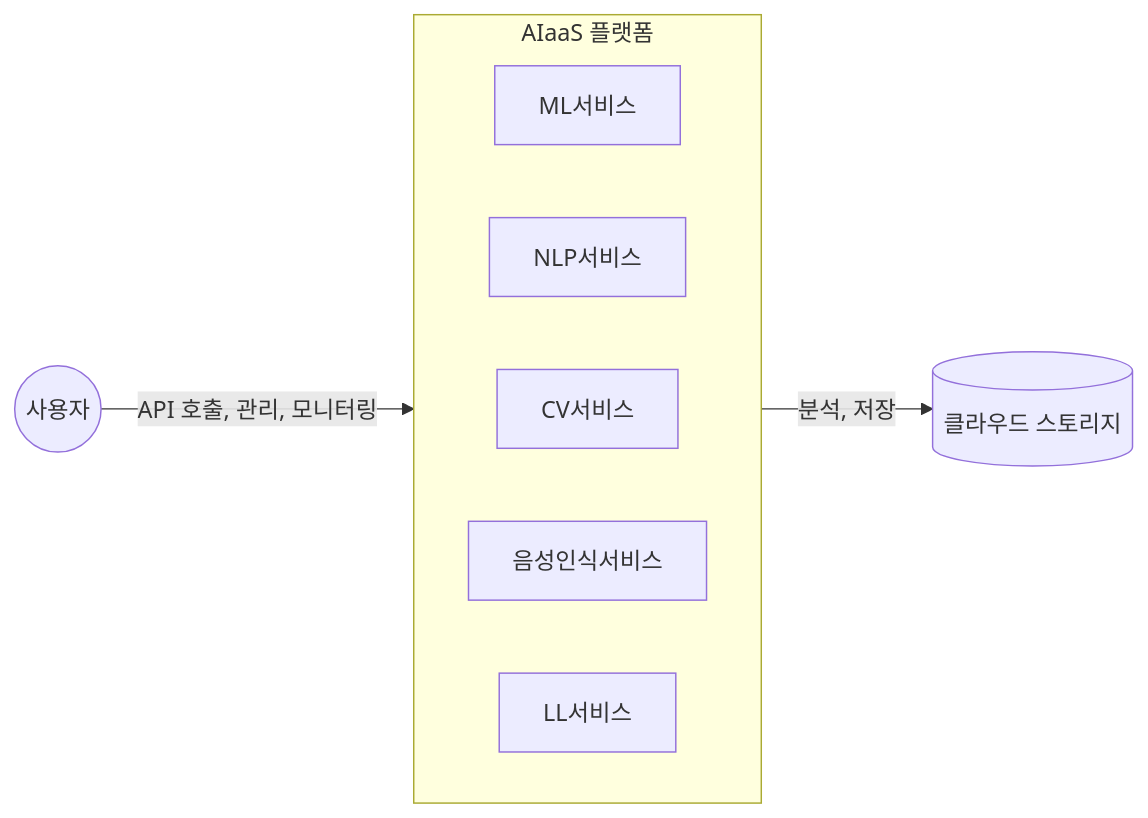
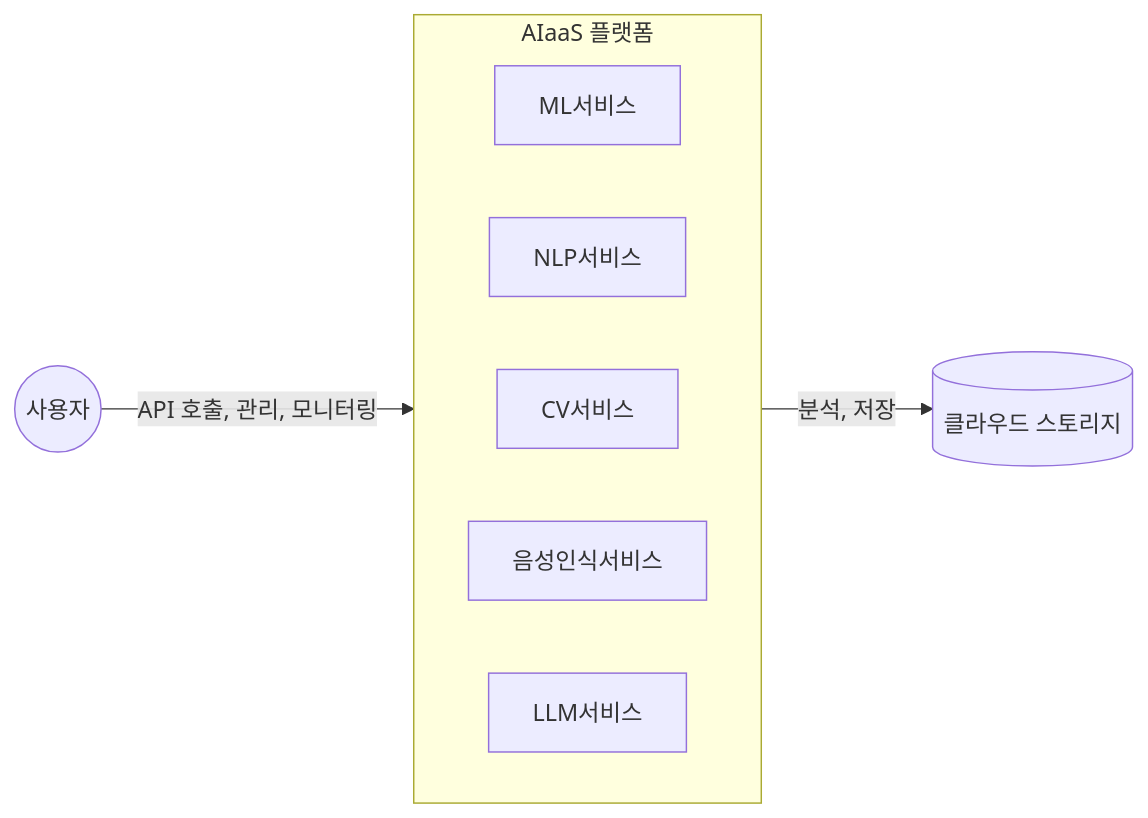
The second of 2 diagrams in blog/pe/conv/aiaas.md (gracefullight/gracefullight.github.io), drawn with Mermaid before and after one commit. The commit also changed 1 other file, not shown here.

Commit message:
docs: 📚️ fix

````diff
--- a/blog/pe/conv/aiaas.md
+++ b/blog/pe/conv/aiaas.md
@@ -25,13 +25,13 @@
 ```mermaid
 graph LR
   subgraph AIaaS_Platform[AIaaS 플랫폼]
     direction LR
     ML서비스
     NLP서비스
     CV서비스
     음성인식서비스
-    LL서비스
+    LLM서비스
   end
 
   사용자((사용자)) --> |API 호출, 관리, 모니터링| AIaaS_Platform --> |분석, 저장| 클라우드스토리지[(클라우드 스토리지)]
 ```
````
